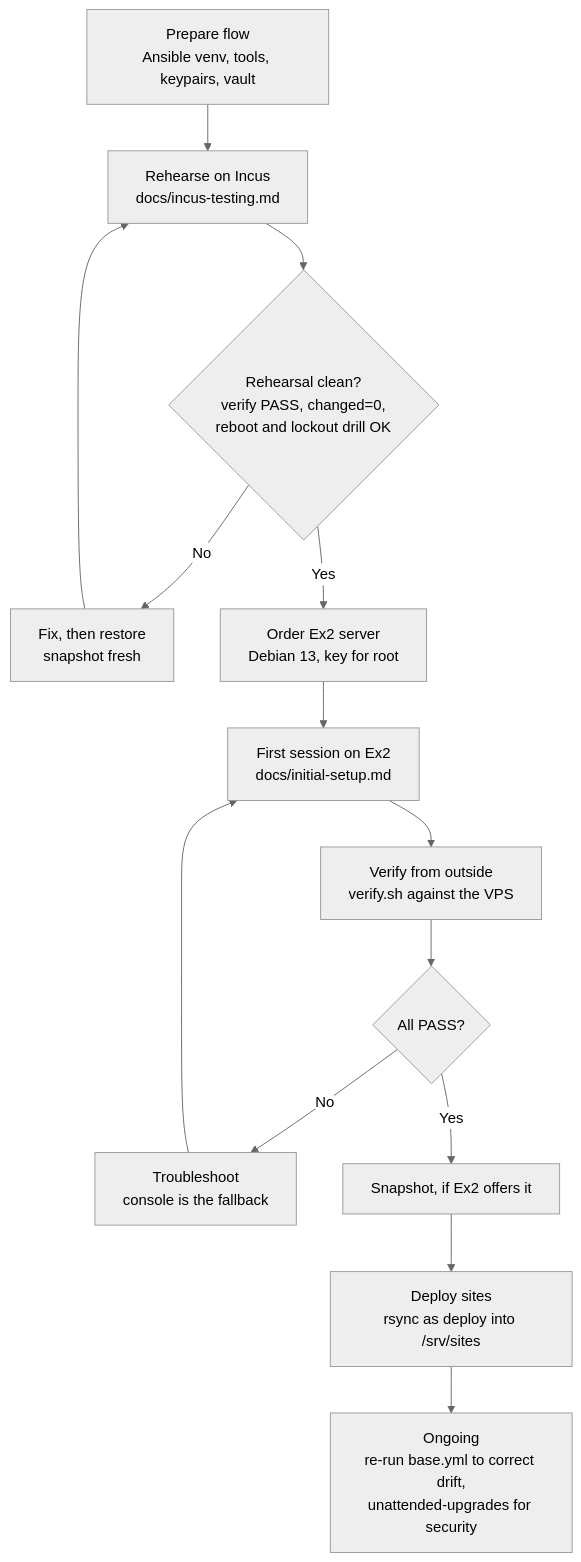
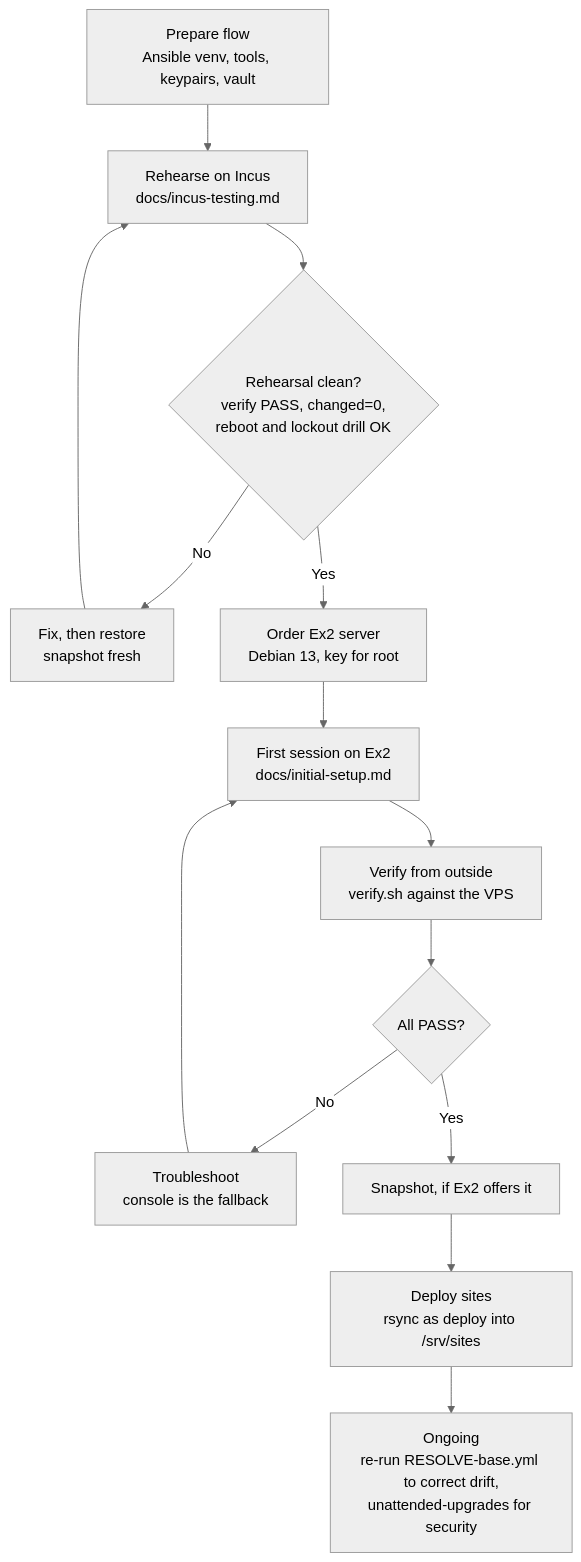
The first of 5 diagrams in en/docs/process-flowchart.md (steelcj/uc-gradus), drawn with Mermaid (neutral theme) before and after one commit. The commit also changed other lines of this file and 35 other files, not shown here.

````diff
--- a/en/docs/process-flowchart.md
+++ b/en/docs/process-flowchart.md
@@ -9,16 +9,16 @@
 ```mermaid
 flowchart TD
     A["Prepare flow<br/>Ansible venv, tools, keypairs, vault"] --> B["Rehearse on Incus<br/>docs/incus-testing.md"]
     B --> C{"Rehearsal clean?<br/>verify PASS, changed=0,<br/>reboot and lockout drill OK"}
     C -- "No" --> D["Fix, then restore<br/>snapshot fresh"]
     D --> B
     C -- "Yes" --> E["Order Ex2 server<br/>Debian 13, key for root"]
     E --> F["First session on Ex2<br/>docs/initial-setup.md"]
     F --> G["Verify from outside<br/>verify.sh against the VPS"]
     G --> H{"All PASS?"}
     H -- "No" --> I["Troubleshoot<br/>console is the fallback"]
     I --> F
     H -- "Yes" --> J["Snapshot, if Ex2 offers it"]
     J --> K["Deploy sites<br/>rsync as deploy into /srv/sites"]
-    K --> L["Ongoing<br/>re-run base.yml to correct drift,<br/>unattended-upgrades for security"]
+    K --> L["Ongoing<br/>re-run RESOLVE-base.yml to correct drift,<br/>unattended-upgrades for security"]
 ```
````
